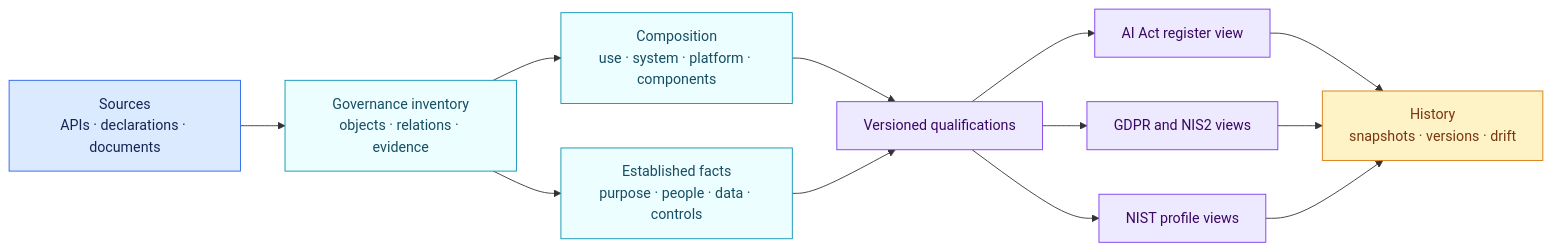
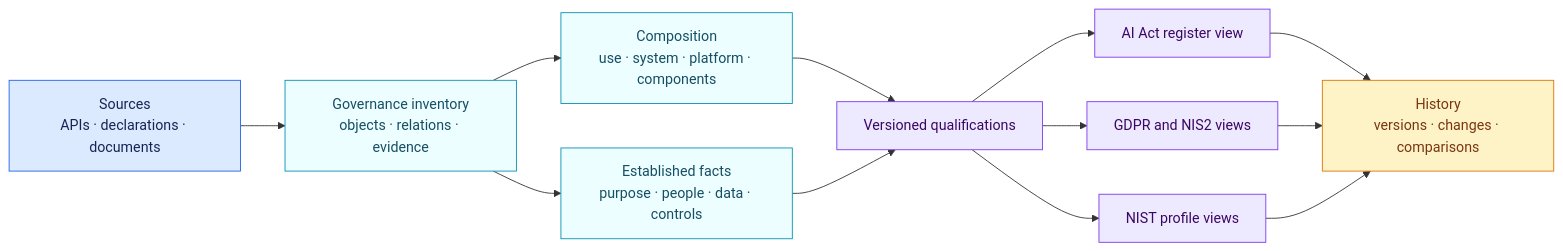
One commit to NickChaps/Open-AIRS changed the diagram in docs/en/ai-registry.md. Above: the diagram before and after it, drawn with Mermaid. The commit also changed other lines of this file and 58 other files, not shown here.

````diff
--- a/docs/en/ai-registry.md
+++ b/docs/en/ai-registry.md
@@ -9,23 +14,23 @@
 ```mermaid
 flowchart LR
     S["Sources<br/>APIs · declarations · documents"] --> I["Governance inventory<br/>objects · relations · evidence"]
     I --> C["Composition<br/>use · system · platform · components"]
     I --> F["Established facts<br/>purpose · people · data · controls"]
     C --> Q["Versioned qualifications"]
     F --> Q
     Q --> A["AI Act register view"]
     Q --> G["GDPR and NIS2 views"]
     Q --> N["NIST profile views"]
-    A --> H["History<br/>snapshots · versions · drift"]
+    A --> H["History<br/>versions · changes · comparisons"]
     G --> H
     N --> H
 
     classDef source fill:#dbeafe,stroke:#2563eb,color:#172554
     classDef inventory fill:#ecfeff,stroke:#0891b2,color:#164e63
     classDef view fill:#ede9fe,stroke:#7c3aed,color:#3b0764
     classDef history fill:#fef3c7,stroke:#d97706,color:#78350f
     class S source
     class I,C,F inventory
     class Q,A,G,N view
     class H history
 ```
````
